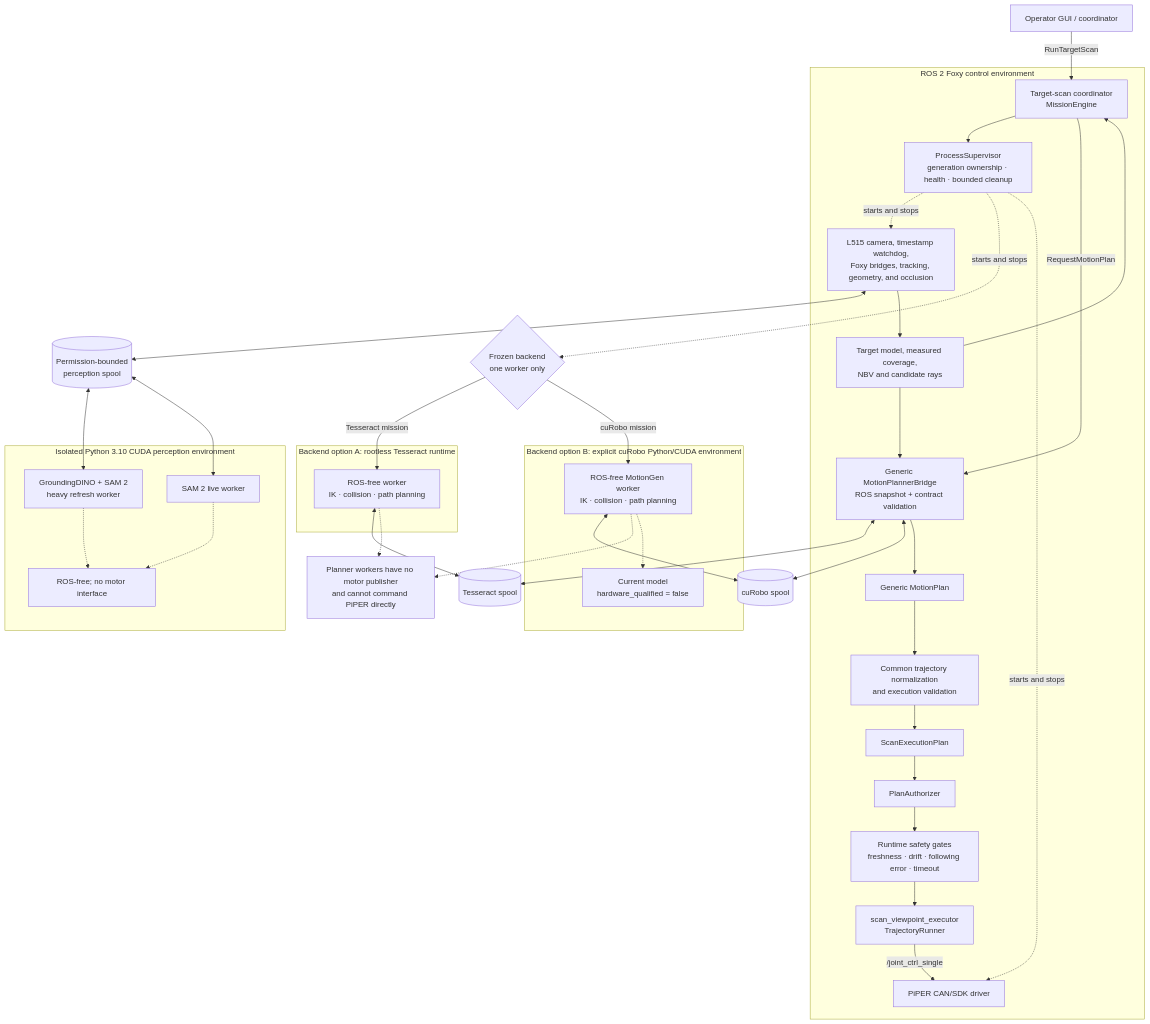
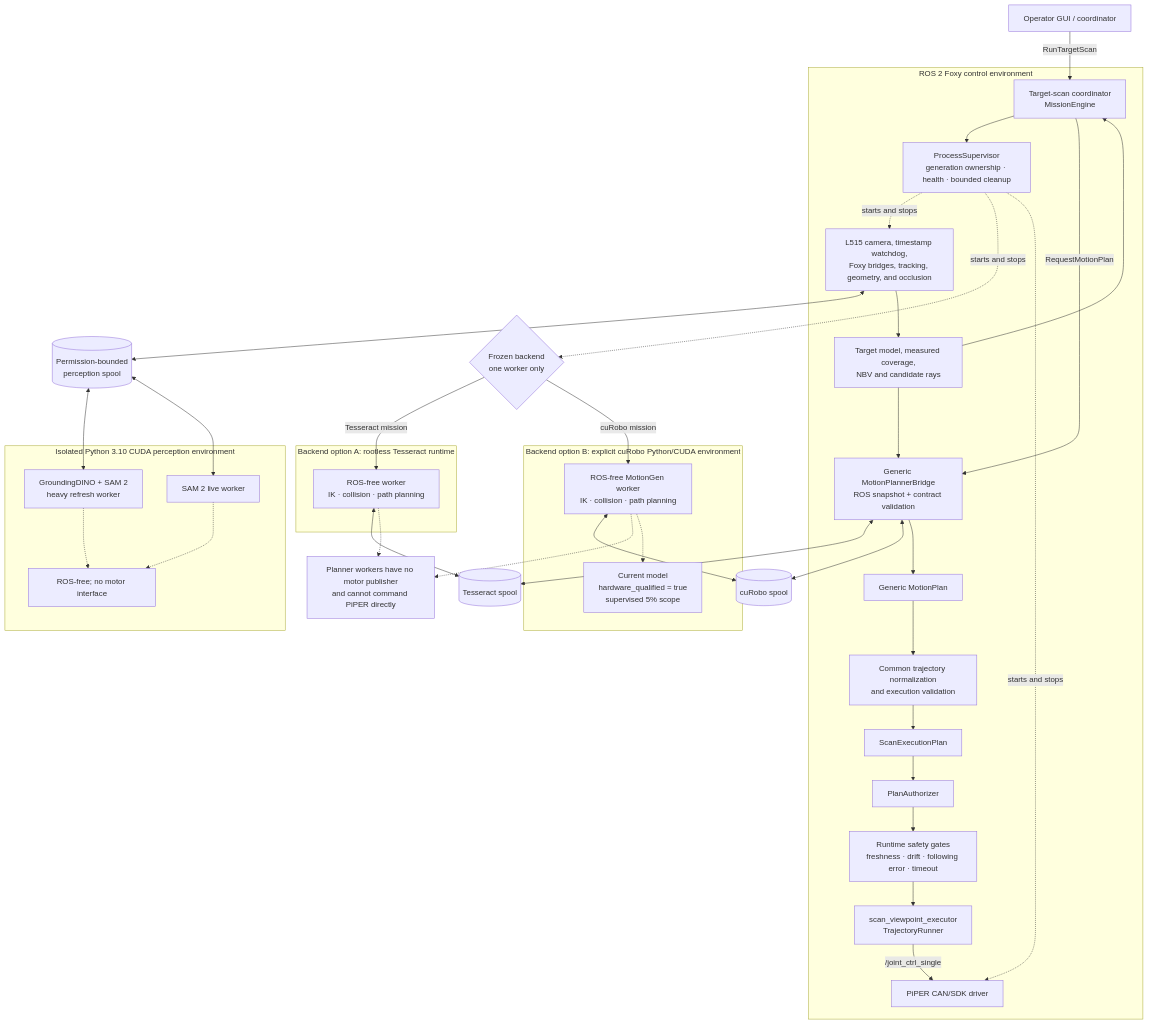
Before and after one commit to WenjunYU55/Piper_arm: the first of 2 diagrams in docs/architecture/system-overview.md, drawn with Mermaid. The commit also changed 69 other files, not shown here.

````diff
--- a/docs/architecture/system-overview.md
+++ b/docs/architecture/system-overview.md
@@ -21,71 +21,71 @@
 ```mermaid
 flowchart TB
     OP["Operator GUI / coordinator"]
 
     subgraph FOXY["ROS 2 Foxy control environment"]
         MISSION["Target-scan coordinator<br/>MissionEngine"]
         SUP["ProcessSupervisor<br/>generation ownership · health · bounded cleanup"]
         VISIONROS["L515 camera, timestamp watchdog,<br/>Foxy bridges, tracking, geometry, and occlusion"]
         NBV["Target model, measured coverage,<br/>NBV and candidate rays"]
         BRIDGE["Generic MotionPlannerBridge<br/>ROS snapshot + contract validation"]
         MOTION["Generic MotionPlan"]
         NORMALIZE["Common trajectory normalization<br/>and execution validation"]
         SEP["ScanExecutionPlan"]
         AUTH["PlanAuthorizer"]
         GATES["Runtime safety gates<br/>freshness · drift · following error · timeout"]
         EXEC["scan_viewpoint_executor<br/>TrajectoryRunner"]
         DRIVER["PiPER CAN/SDK driver"]
     end
 
     subgraph PERCEPTION["Isolated Python 3.10 CUDA perception environment"]
         HEAVY["GroundingDINO + SAM 2<br/>heavy refresh worker"]
         LIVE["SAM 2 live worker"]
         PN["ROS-free; no motor interface"]
     end
 
     PSPOOL[("Permission-bounded<br/>perception spool")]
 
     subgraph TESS["Backend option A: rootless Tesseract runtime"]
         TW["ROS-free worker<br/>IK · collision · path planning"]
     end
 
     subgraph CUROBO["Backend option B: explicit cuRobo Python/CUDA environment"]
         CW["ROS-free MotionGen worker<br/>IK · collision · path planning"]
-        CQ["Current model<br/>hardware_qualified = false"]
+        CQ["Current model<br/>hardware_qualified = true<br/>supervised 5% scope"]
     end
 
     TSPOOL[("Tesseract spool")]
     CSPOOL[("cuRobo spool")]
     SELECT{"Frozen backend<br/>one worker only"}
     SAFE["Planner workers have no motor publisher<br/>and cannot command PiPER directly"]
 
     OP -->|RunTargetScan| MISSION
     MISSION --> SUP
     SUP -. starts and stops .-> VISIONROS
     SUP -. starts and stops .-> SELECT
     SUP -. starts and stops .-> DRIVER
 
     VISIONROS <--> PSPOOL
     PSPOOL <--> HEAVY
     PSPOOL <--> LIVE
     VISIONROS --> NBV
     NBV --> MISSION
     NBV --> BRIDGE
 
     SELECT -->|Tesseract mission| TW
     SELECT -->|cuRobo mission| CW
     TW <--> TSPOOL
     CW <--> CSPOOL
     BRIDGE <--> TSPOOL
     BRIDGE <--> CSPOOL
 
     MISSION -->|RequestMotionPlan| BRIDGE
     BRIDGE --> MOTION --> NORMALIZE --> SEP --> AUTH --> GATES --> EXEC
     EXEC -->|/joint_ctrl_single| DRIVER
 
     HEAVY -.-> PN
     LIVE -.-> PN
     TW -.-> SAFE
     CW -.-> SAFE
     CW -.-> CQ
 ```
````
